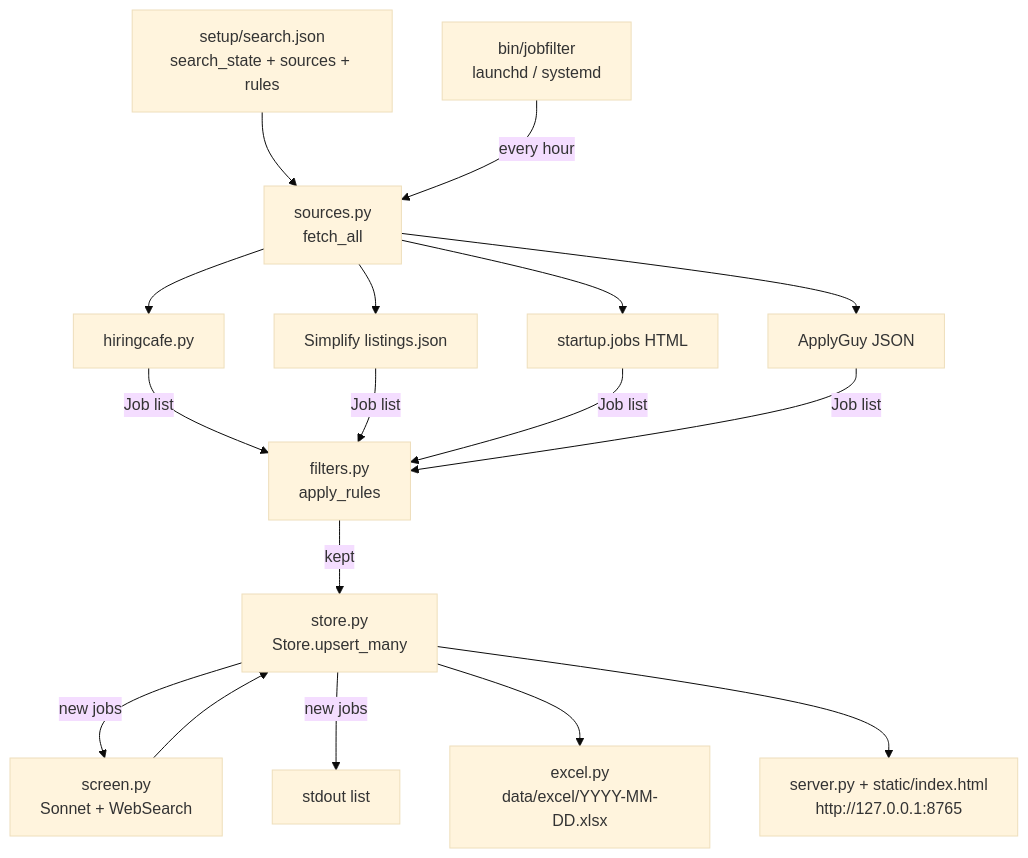
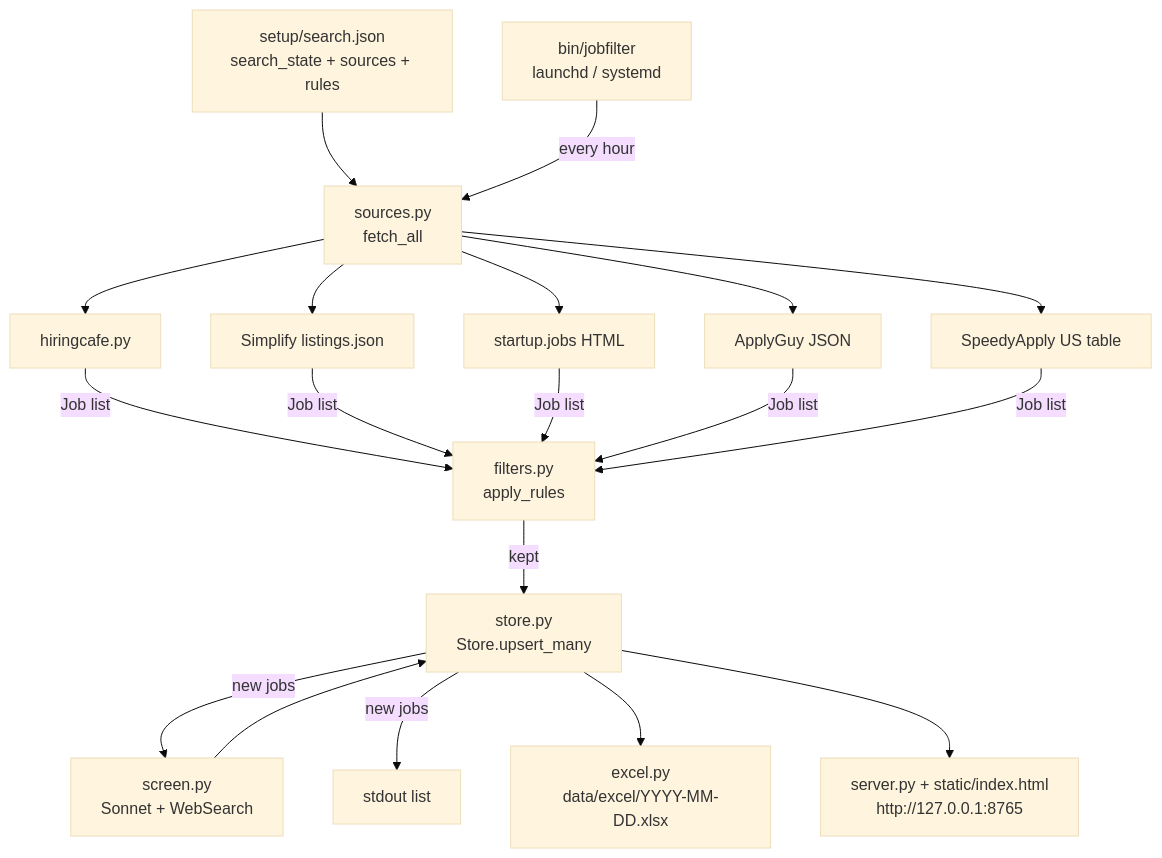
The diagram in jobFilter/README.md (zhuyuezx/JobAppBot), drawn with Mermaid (base theme) before and after one commit. The commit also changed other lines of this file and 10 other files, not shown here.

````diff
--- a/jobFilter/README.md
+++ b/jobFilter/README.md
@@ -7,13 +7,13 @@
 ```mermaid
 flowchart TD
     A[setup/search.json<br/>search_state + sources + rules] --> B[sources.py<br/>fetch_all]
-    B --> B1[hiringcafe.py] & B2[Simplify listings.json] & B3[startup.jobs HTML] & B4[ApplyGuy JSON]
-    B1 & B2 & B3 & B4 -->|Job list| D[filters.py<br/>apply_rules]
+    B --> B1[hiringcafe.py] & B2[Simplify listings.json] & B3[startup.jobs HTML] & B4[ApplyGuy JSON] & B5[SpeedyApply US table]
+    B1 & B2 & B3 & B4 & B5 -->|Job list| D[filters.py<br/>apply_rules]
     D -->|kept| E[store.py<br/>Store.upsert_many]
     E -->|new jobs| SC[screen.py<br/>Sonnet + WebSearch]
     SC --> E
     E -->|new jobs| F[stdout list]
     E --> G[excel.py<br/>data/excel/YYYY-MM-DD.xlsx]
     E --> H[server.py + static/index.html<br/>http://127.0.0.1:8765]
     S[bin/jobfilter<br/>launchd / systemd] -->|every hour| B
 ```
````
